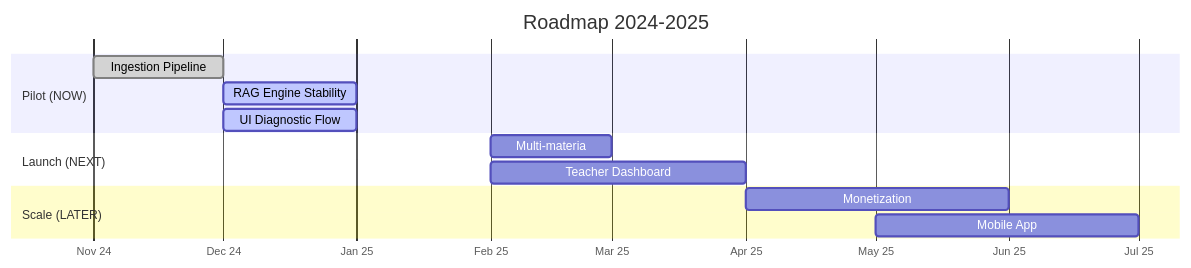
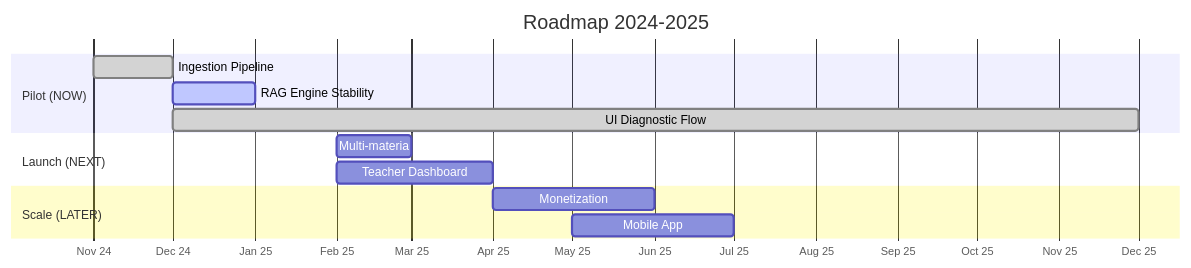
One commit to NBN-WEST/leuniversita changed the diagram in docs/memory_bank/PRODUCT/roadmap.md. Above: the diagram before and after it, drawn with Mermaid. The commit also changed 9 other files, not shown here.

````diff
--- a/docs/memory_bank/PRODUCT/roadmap.md
+++ b/docs/memory_bank/PRODUCT/roadmap.md
@@ -33,19 +33,19 @@
 ```mermaid
 gantt
     title Roadmap 2024-2025
     dateFormat YYYY-MM
     axisFormat %b %y
 
     section Pilot (NOW)
     Ingestion Pipeline       :done,    p1, 2024-11, 2024-12
     RAG Engine Stability     :active,  p2, 2024-12, 2025-01
-    UI Diagnostic Flow       :active,  p3, 2024-12, 2025-01
+    UI Diagnostic Flow       :done,    p3, 2024-12, 2025-12
 
     section Launch (NEXT)
     Multi-materia            :         n1, 2025-02, 2025-03
     Teacher Dashboard        :         n2, 2025-02, 2025-04
 
     section Scale (LATER)
     Monetization             :         l1, 2025-04, 2025-06
     Mobile App               :         l2, 2025-05, 2025-07
 ```
````
